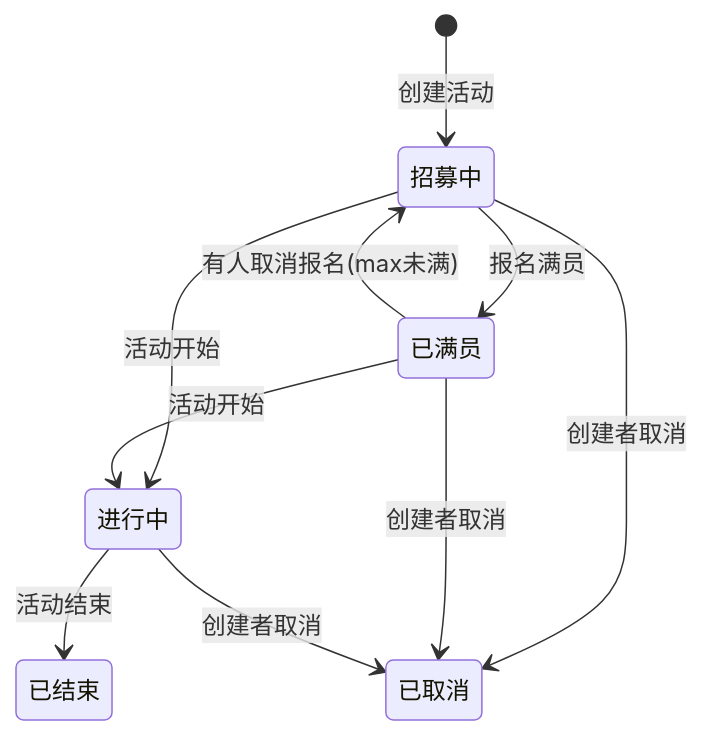
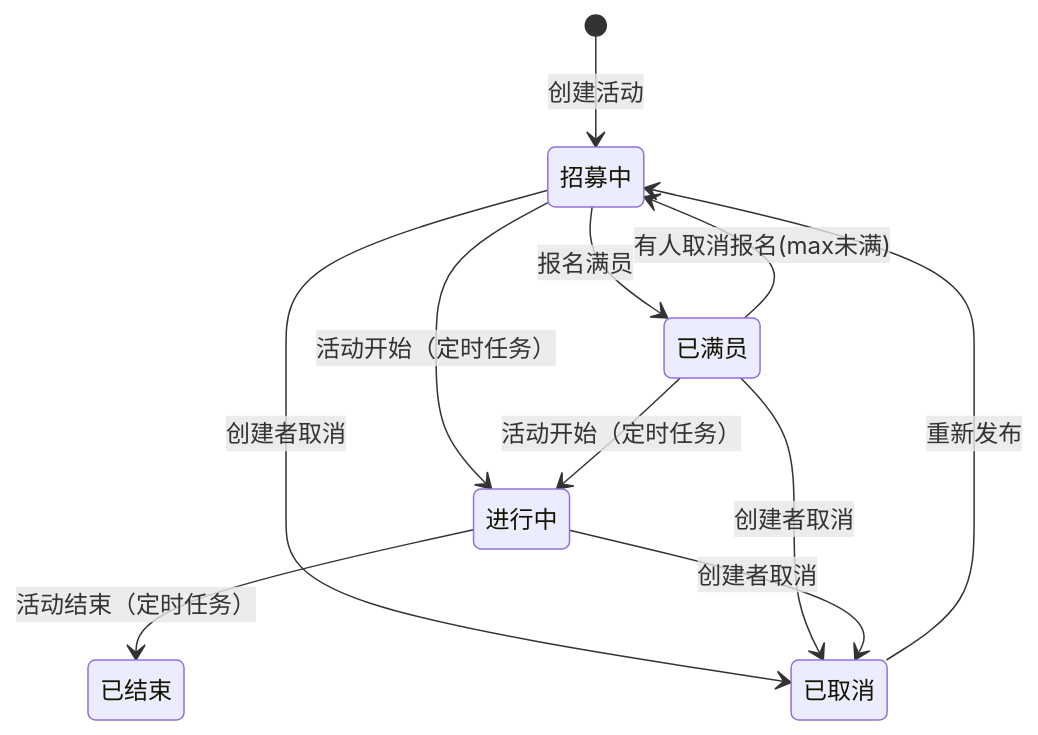
Before and after one commit to Dyy322/JustGo: the diagram in Document/backend/activity-module.md, drawn with Mermaid. The commit also changed other lines of this file and 5 other files, not shown here.

````diff
--- a/Document/backend/activity-module.md
+++ b/Document/backend/activity-module.md
@@ -192,14 +208,15 @@
 ```mermaid
 stateDiagram-v2
     [*] --> 招募中: 创建活动
     招募中 --> 已满员: 报名满员
-    招募中 --> 进行中: 活动开始
-    已满员 --> 进行中: 活动开始
-    进行中 --> 已结束: 活动结束
+    招募中 --> 进行中: 活动开始（定时任务）
+    已满员 --> 进行中: 活动开始（定时任务）
+    进行中 --> 已结束: 活动结束（定时任务）
 
     招募中 --> 已取消: 创建者取消
     已满员 --> 已取消: 创建者取消
     进行中 --> 已取消: 创建者取消
 
     已满员 --> 招募中: 有人取消报名(max未满)
+    已取消 --> 招募中: 重新发布
 ```
````
